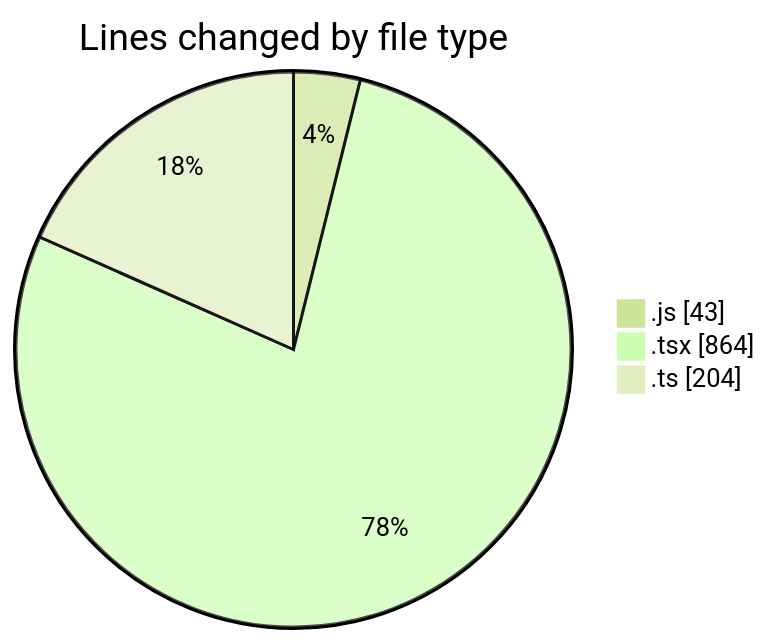
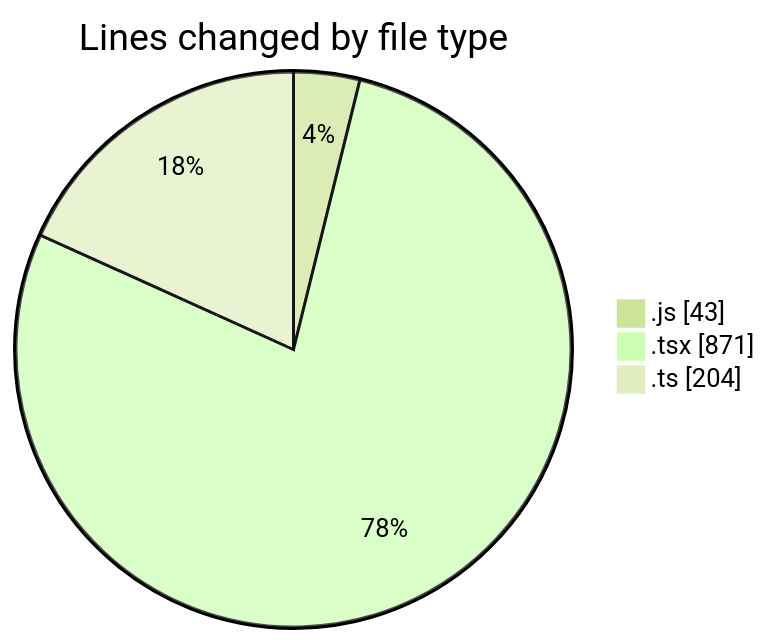
Before and after one commit to momahboobian/code-tracking: the first of 2 diagrams in 2026-03-09/cda/README.md, drawn with Mermaid (forest theme). The commit also changed other lines of this file and 1 other file, not shown here.

````diff
--- a/2026-03-09/cda/README.md
+++ b/2026-03-09/cda/README.md
@@ -29,7 +29,7 @@
 ```mermaid
 pie showData
 title Lines changed by file type
 ".js" : 43
-".tsx" : 864
+".tsx" : 871
 ".ts" : 204
 ```
````
